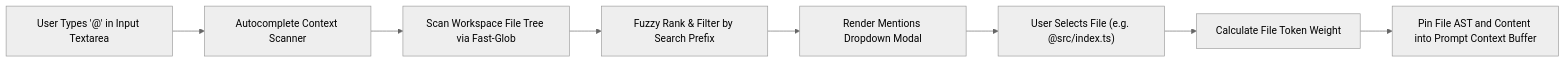
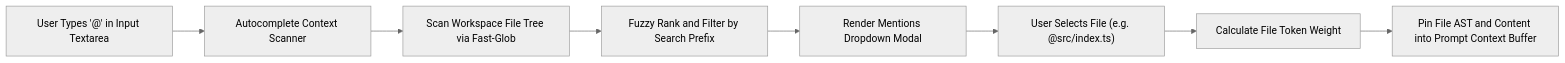
Diagram 12 of 24 in README.md (KerberoSec/KerberoSec-CLI), drawn with Mermaid (neutral theme) before and after one commit. The commit also changed other lines of this file and 5 other files, not shown here.

````diff
--- a/README.md
+++ b/README.md
@@ -435,11 +542,11 @@
 ```mermaid
 flowchart LR
     UserTypes["User Types '@' in Input Textarea"] --> Scanner["Autocomplete Context Scanner"]
     Scanner --> MatchFiles["Scan Workspace File Tree via Fast-Glob"]
-    MatchFiles --> Ranker["Fuzzy Rank & Filter by Search Prefix"]
+    MatchFiles --> Ranker["Fuzzy Rank and Filter by Search Prefix"]
     Ranker --> DropdownUI["Render Mentions Dropdown Modal"]
     
     DropdownUI --> SelectFile["User Selects File (e.g. @src/index.ts)"]
     SelectFile --> TokenCalculator["Calculate File Token Weight"]
     TokenCalculator --> PinContext["Pin File AST and Content into Prompt Context Buffer"]
 ```
````
